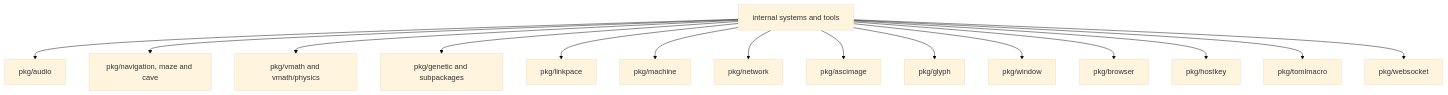
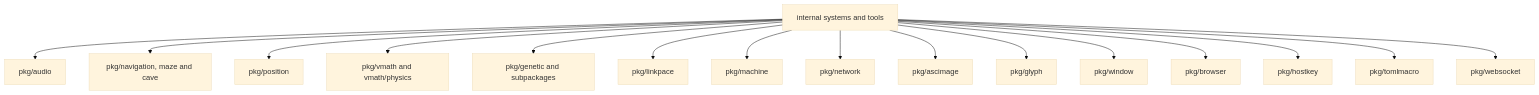
Before and after one commit to lixenwraith/vif: the fourth of 4 diagrams in doc/package-map.md, drawn with Mermaid (base theme). The commit also changed other lines of this file and 30 other files, not shown here.

First line of the commit message:
Position: the spatial index and its geometry move to pkg/position, the engine binds them

````diff
--- a/doc/package-map.md
+++ b/doc/package-map.md
@@ -110,17 +111,18 @@
 ```mermaid
 flowchart TD
     Game["internal systems and tools"] --> Audio["pkg/audio"]
     Game --> Nav["pkg/navigation, maze and cave"]
+    Game --> Position["pkg/position"]
     Game --> Physics["pkg/vmath and vmath/physics"]
     Game --> Genetic["pkg/genetic and subpackages"]
     Game --> Link["pkg/linkpace"]
     Game --> Machine["pkg/machine"]
     Game --> Network["pkg/network"]
     Game --> Image["pkg/ascimage"]
     Game --> Glyph["pkg/glyph"]
     Game --> Window["pkg/window"]
     Game --> Browser["pkg/browser"]
     Game --> HostKey["pkg/hostkey"]
     Game --> Macro["pkg/tomlmacro"]
     Game --> Socket["pkg/websocket"]
 ```
````
